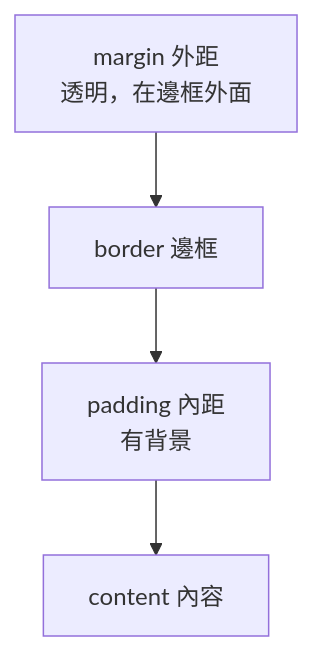
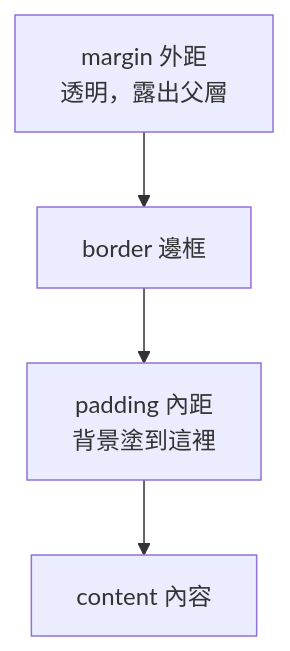
The third of 7 diagrams in source/_posts/lokiTech-15day-03-css.md (summer10920/summer10920.github.io), drawn with Mermaid before and after one commit. The commit also changed other lines of this file, not shown here.

```diff
--- a/source/_posts/lokiTech-15day-03-css.md
+++ b/source/_posts/lokiTech-15day-03-css.md
@@ -2131,5 +1337,5 @@
 {% mermaid graph TD %}
-margin["margin 外距<br/>透明，在邊框外面"] --> border["border 邊框"]
-border --> padding["padding 內距<br/>有背景"]
+margin["margin 外距<br/>透明，露出父層"] --> border["border 邊框"]
+border --> padding["padding 內距<br/>背景塗到這裡"]
 padding --> content["content 內容"]
 {% endmermaid %}
```
